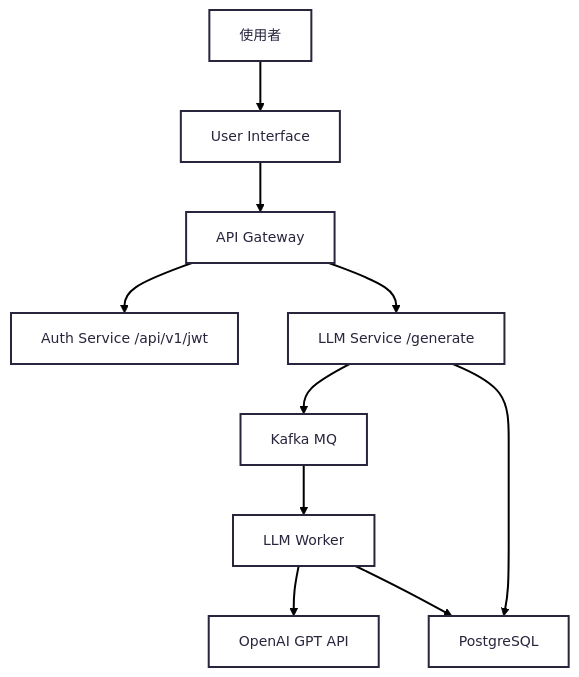
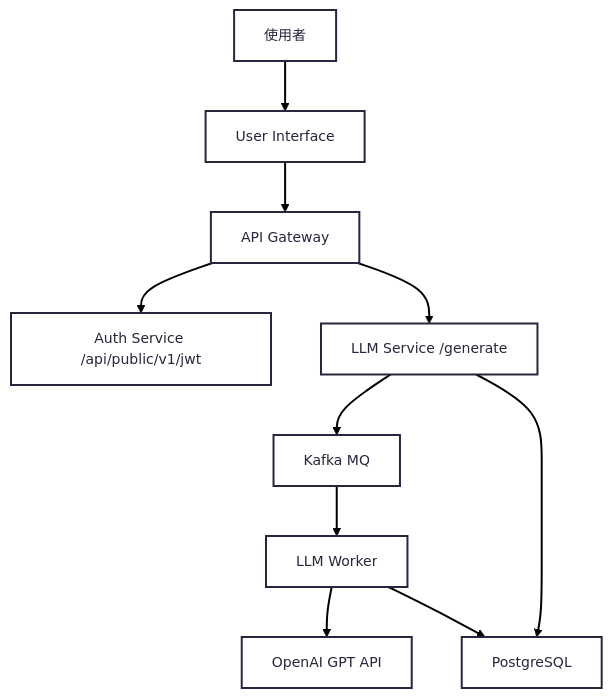
Before and after one commit to yuyaun/email-analyzer-ian: the diagram in Architecture.mmd, drawn with Mermaid. The commit also changed 5 other files, not shown here.

Commit message:
fix: Update API endpoint paths to include 'public' prefix in architecture and documentation

```diff
--- a/Architecture.mmd
+++ b/Architecture.mmd
@@ -1,14 +1,14 @@
 ---
 config:
       theme: redux
 ---
 flowchart TD
     U[使用者] --> FE[User Interface]
     FE --> GW[API Gateway]
-    GW --> JWT[Auth Service /api/v1/jwt]
+    GW --> JWT[Auth Service /api/public/v1/jwt]
     GW --> GEN[LLM Service /generate]
     GEN --> Q[Kafka MQ]
     Q --> Worker[LLM Worker]
     Worker --> LLM[OpenAI GPT API]
     Worker --> DB[PostgreSQL]
     GEN --> DB
```
